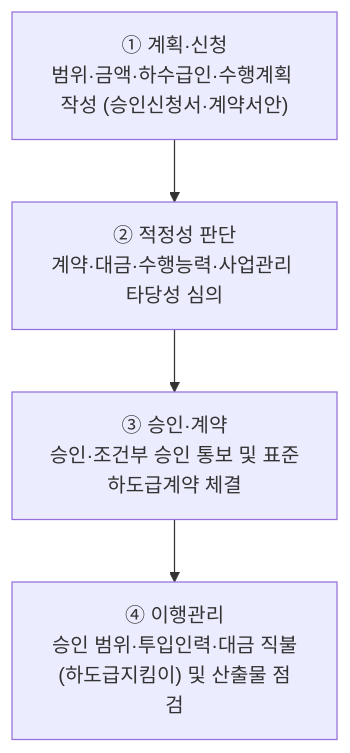
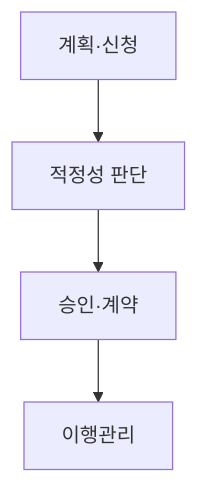
One commit to agnusdei1207/study changed the second of 3 diagrams in src/content/docs/notes/itpe/01-it-strategy/097_software_industry_subcontracting_structure.md. Above: the diagram before and after it, drawn with Mermaid. The commit also changed other lines of this file and 18 other files, not shown here.

````diff
--- a/src/content/docs/notes/itpe/01-it-strategy/097_software_industry_subcontracting_structure.md
+++ b/src/content/docs/notes/itpe/01-it-strategy/097_software_industry_subcontracting_structure.md
@@ -90,8 +87,4 @@
 ```mermaid
 flowchart TD
-    S1["① 계획·신청<br/>범위·금액·하수급인·수행계획 작성 (승인신청서·계약서안)"]
-    S2["② 적정성 판단<br/>계약·대금·수행능력·사업관리 타당성 심의"]
-    S3["③ 승인·계약<br/>승인·조건부 승인 통보 및 표준하도급계약 체결"]
-    S4["④ 이행관리<br/>승인 범위·투입인력·대금 직불(하도급지킴이) 및 산출물 점검"]
-    S1 --> S2 --> S3 --> S4
+    S1["계획·신청"] --> S2["적정성 판단"] --> S3["승인·계약"] --> S4["이행관리"]
 ```
````
